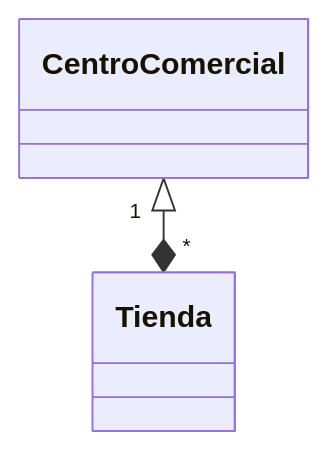
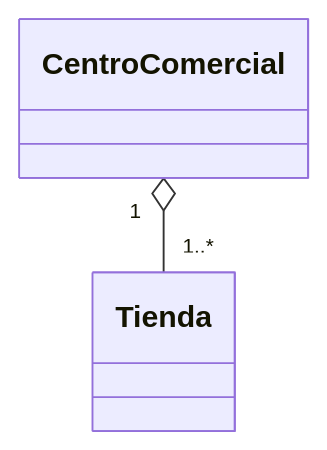
Before and after one commit to antondm11/6.2.BateriaDeEjercicios: the fourth of 6 diagrams in README.md, drawn with Mermaid. The commit also changed other lines of this file, not shown here.

````diff
--- a/README.md
+++ b/README.md
@@ -57,11 +57,11 @@
 ``` mermaid
 classDiagram
 direction TB
     class CentroComercial {
     }
 
     class Tienda {
     }
 
-    CentroComercial "1" <|--* "*" Tienda
+    CentroComercial "1" o-- "1..*" Tienda
 ```
````
